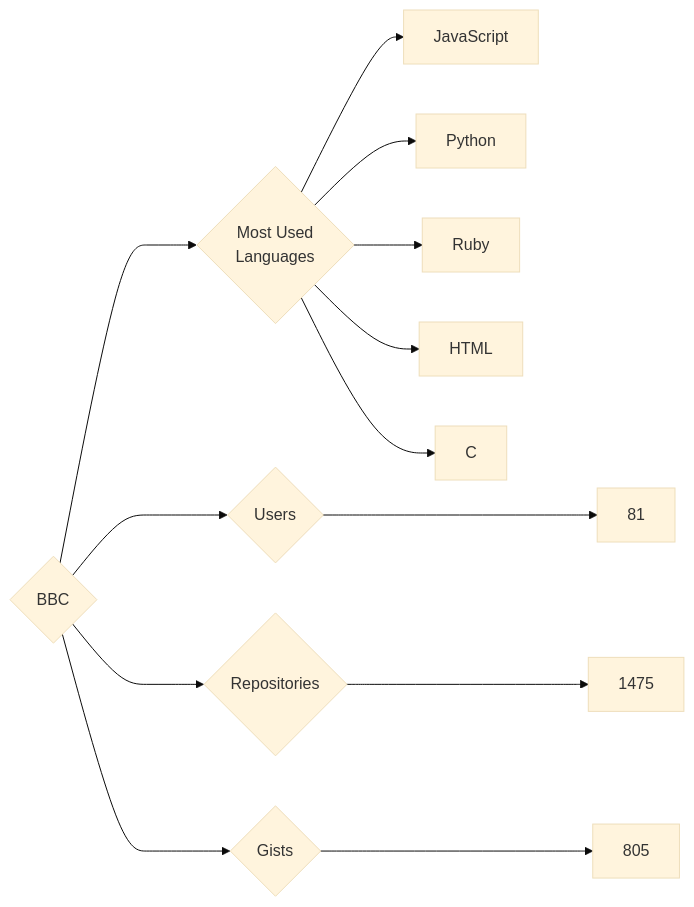
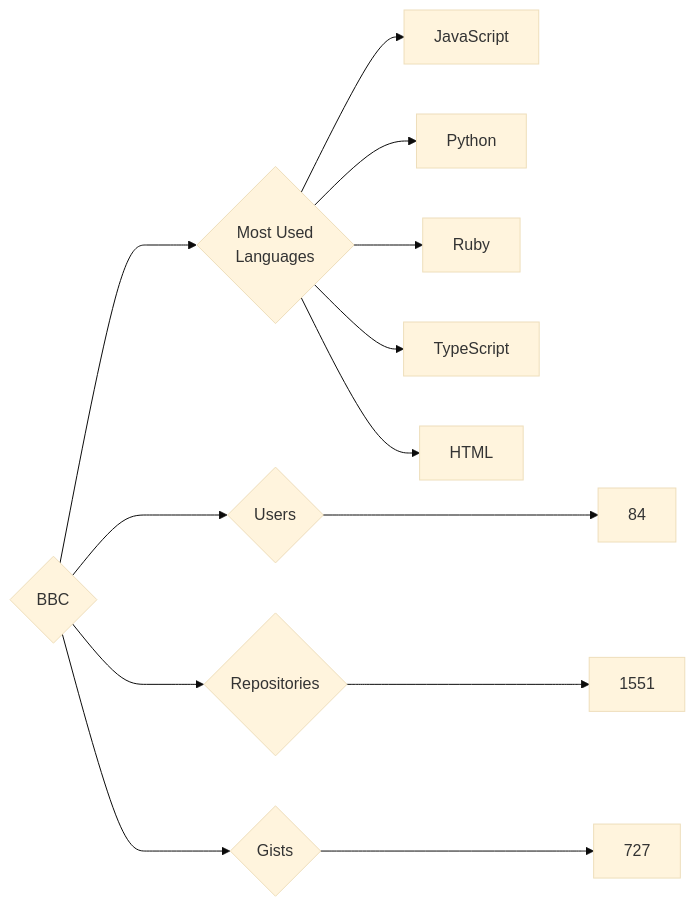
One commit to trickest/insiders changed the diagram in targets/BBC/README.md. Above: the diagram before and after it, drawn with Mermaid (base theme). The commit also changed 757 other files, not shown here.

````diff
--- a/targets/BBC/README.md
+++ b/targets/BBC/README.md
@@ -3,13 +3,13 @@
 ```mermaid
 graph LR
 COMPANY_NAME{BBC}
-COMPANY_NAME ---> U{Users} ---> UN[81]
-COMPANY_NAME ---> R{Repositories} ---> RN[1475]
-COMPANY_NAME ---> G{Gists} ---> GN[805]
+COMPANY_NAME ---> U{Users} ---> UN[84]
+COMPANY_NAME ---> R{Repositories} ---> RN[1551]
+COMPANY_NAME ---> G{Gists} ---> GN[727]
 COMPANY_NAME ---> ML{Most Used<br>Languages}
 ML --> JavaScript[JavaScript]
 ML --> Python[Python]
 ML --> Ruby[Ruby]
+ML --> TypeScript[TypeScript]
 ML --> HTML[HTML]
-ML --> C[C]
 ```
````
